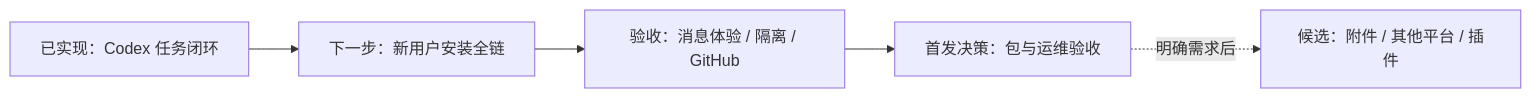
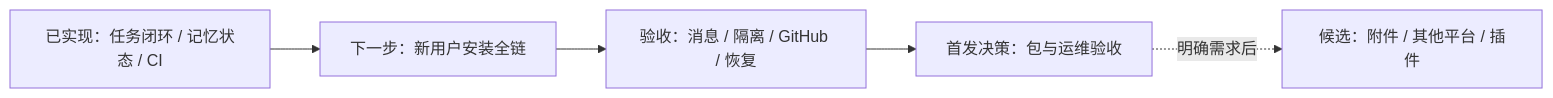
The diagram in docs/development-plan.md (dofy/namo), drawn with Mermaid before and after one commit. The commit also changed other lines of this file and 14 other files, not shown here.

````diff
--- a/docs/development-plan.md
+++ b/docs/development-plan.md
@@ -5,7 +5,7 @@
 ```mermaid
 flowchart LR
-  A[已实现：Codex 任务闭环] --> B[下一步：新用户安装全链]
-  B --> C[验收：消息体验 / 隔离 / GitHub]
+  A[已实现：任务闭环 / 记忆状态 / CI] --> B[下一步：新用户安装全链]
+  B --> C[验收：消息 / 隔离 / GitHub / 恢复]
   C --> D[首发决策：包与运维验收]
   D -.明确需求后.-> E[候选：附件 / 其他平台 / 插件]
 ```
````
